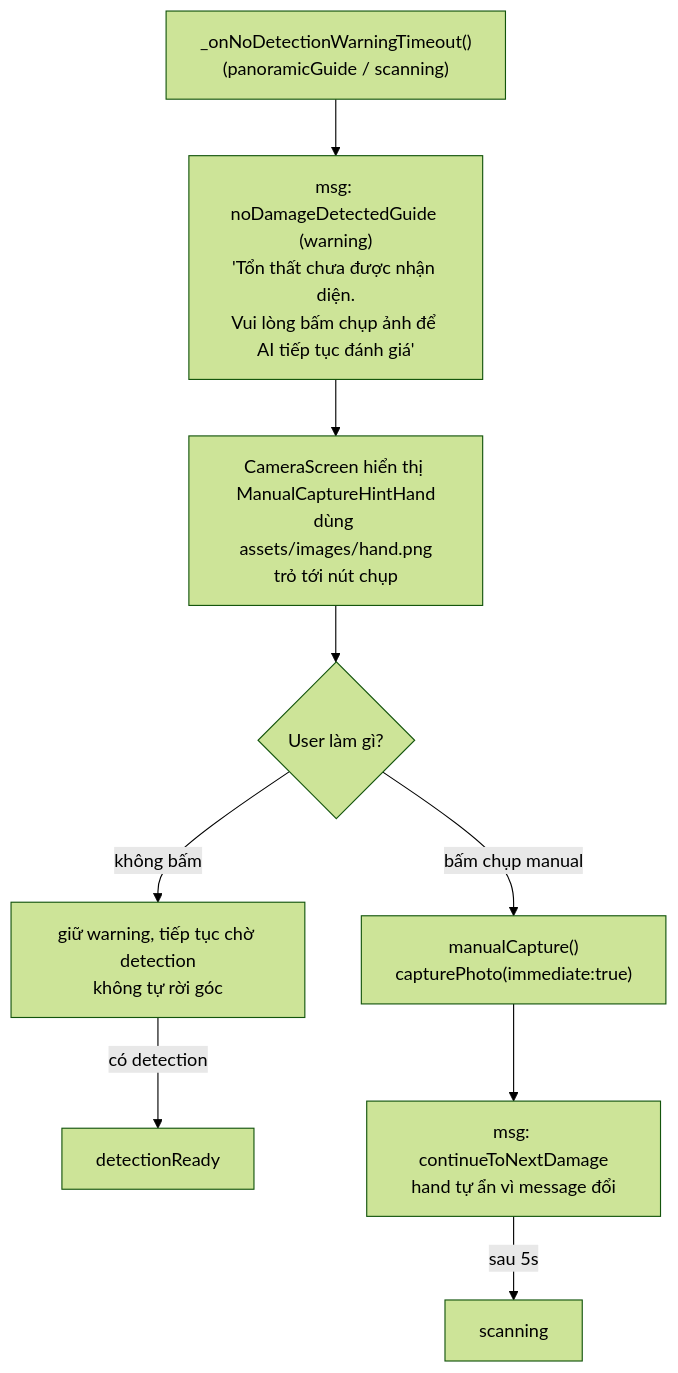
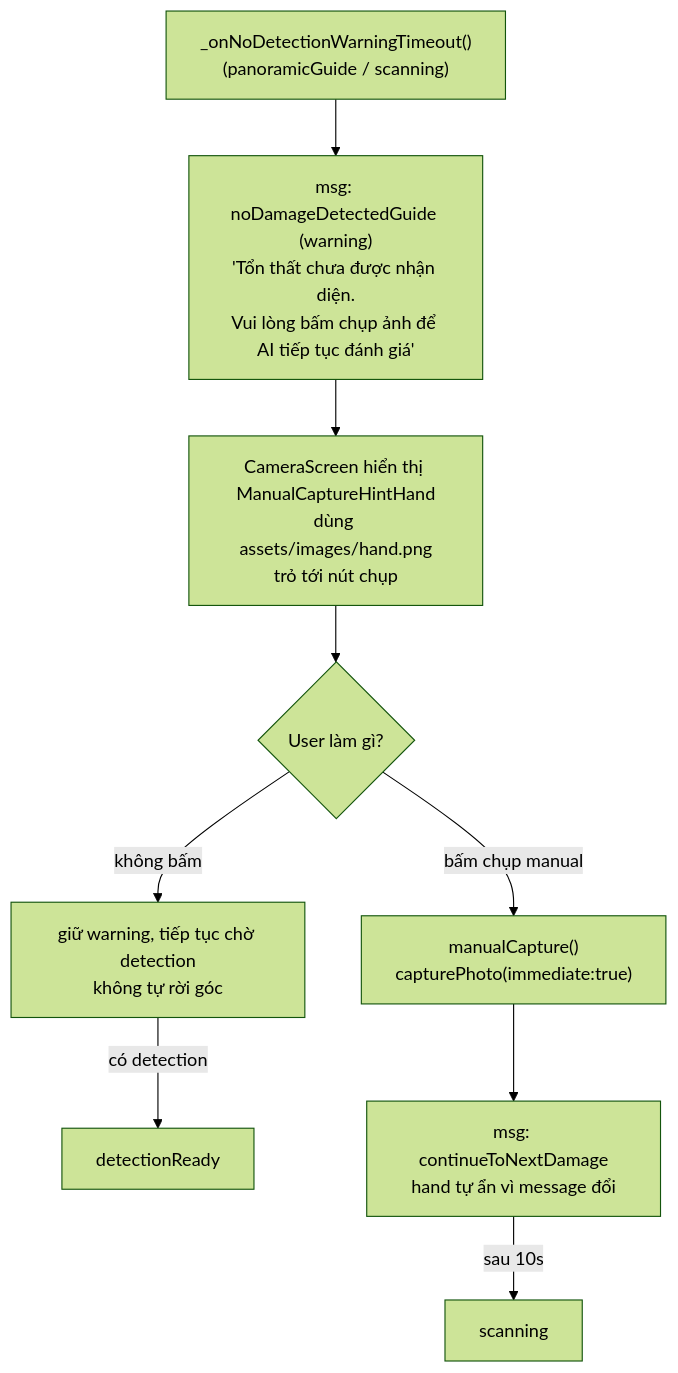
Before and after one commit to Aicycle-Insurance/aicycle_on_device: the seventh of 9 diagrams in CAMERA_CONTROLLER.md, drawn with Mermaid (forest theme). The commit also changed other lines of this file and 6 other files, not shown here.

````diff
--- a/CAMERA_CONTROLLER.md
+++ b/CAMERA_CONTROLLER.md
@@ -175,11 +175,11 @@
 ```mermaid
 flowchart TD
     N0["_onNoDetectionWarningTimeout()<br/>(panoramicGuide / scanning)"] --> N1["msg: noDamageDetectedGuide (warning)<br/>'Tổn thất chưa được nhận diện.<br/>Vui lòng bấm chụp ảnh để AI tiếp tục đánh giá'"]
     N1 --> N2["CameraScreen hiển thị ManualCaptureHintHand<br/>dùng assets/images/hand.png<br/>trỏ tới nút chụp"]
     N2 --> Q{"User làm gì?"}
     Q -->|"không bấm"| WAIT["giữ warning, tiếp tục chờ detection<br/>không tự rời góc"]
     WAIT -->|"có detection"| DR["detectionReady"]
     Q -->|"bấm chụp manual"| CAP["manualCapture()<br/>capturePhoto(immediate:true)"]
     CAP --> NEXT["msg: continueToNextDamage<br/>hand tự ẩn vì message đổi"]
-    NEXT -->|"sau 5s"| SCAN["scanning"]
+    NEXT -->|"sau 10s"| SCAN["scanning"]
 ```
````
